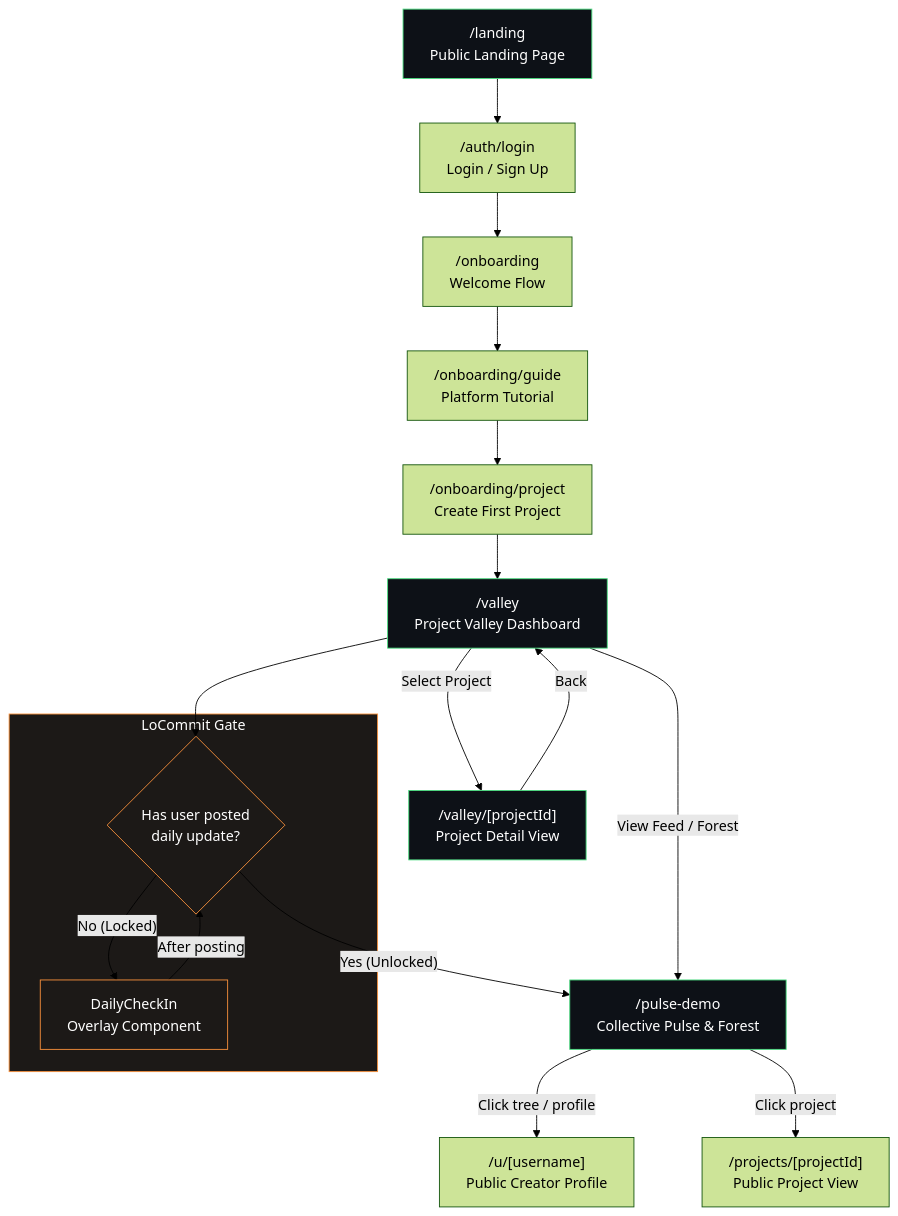
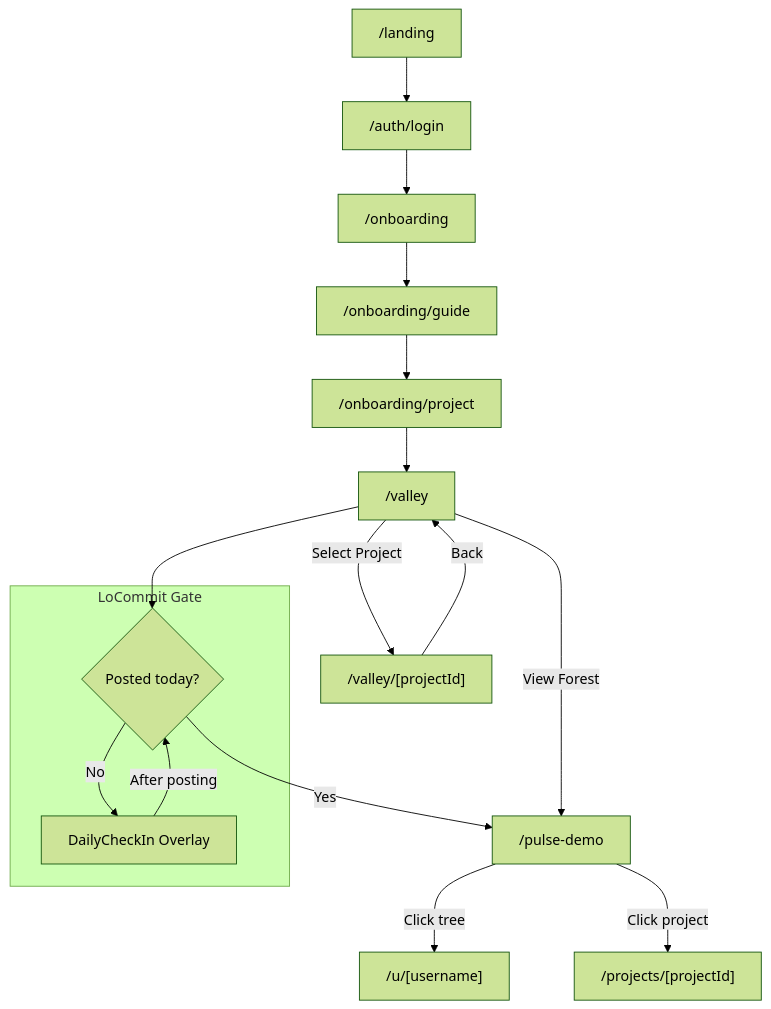
The second of 3 diagrams in capstone_writeup.md (avig1229/trybe), drawn with Mermaid (forest theme) before and after one commit. The commit also changed other lines of this file, not shown here.

Commit message:
new landing and log in

````diff
--- a/capstone_writeup.md
+++ b/capstone_writeup.md
@@ -129,34 +199,25 @@
 ```mermaid
 flowchart TD
-    LAND["/landing<br/>Public Landing Page"] --> LOGIN["/auth/login<br/>Login / Sign Up"]
-    LOGIN --> OB["/onboarding<br/>Welcome Flow"]
-    OB --> GUIDE["/onboarding/guide<br/>Platform Tutorial"]
-    GUIDE --> PROJ1["/onboarding/project<br/>Create First Project"]
+    LAND["/landing"] --> LOGIN["/auth/login"]
+    LOGIN --> OB["/onboarding"]
+    OB --> GUIDE["/onboarding/guide"]
+    GUIDE --> PROJ1["/onboarding/project"]
+    PROJ1 --> VALLEY["/valley"]
 
-    PROJ1 --> VALLEY["/valley<br/>Project Valley Dashboard"]
-
-    VALLEY --> |"Select Project"| DETAIL["/valley/[projectId]<br/>Project Detail View"]
+    VALLEY --> |"Select Project"| DETAIL["/valley/[projectId]"]
     DETAIL --> |"Back"| VALLEY
-    VALLEY --> |"View Feed / Forest"| PULSE["/pulse-demo<br/>Collective Pulse & Forest"]
+    VALLEY --> |"View Forest"| PULSE["/pulse-demo"]
 
     subgraph LOCK["LoCommit Gate"]
-        CHECK{"Has user posted<br/>daily update?"}
-        CHECKIN["DailyCheckIn<br/>Overlay Component"]
+        CHECK{"Posted today?"}
+        CHECKIN["DailyCheckIn Overlay"]
     end
 
     VALLEY --> CHECK
-    CHECK --> |"No (Locked)"| CHECKIN
+    CHECK --> |"No"| CHECKIN
     CHECKIN --> |"After posting"| CHECK
-    CHECK --> |"Yes (Unlocked)"| PULSE
+    CHECK --> |"Yes"| PULSE
 
-    PULSE --> |"Click tree / profile"| PROFILE["/u/[username]<br/>Public Creator Profile"]
-    PULSE --> |"Click project"| PUBLIC["/projects/[projectId]<br/>Public Project View"]
-
-    style LAND fill:#0d1117,stroke:#4ade80,color:#fff
-    style VALLEY fill:#0d1117,stroke:#4ade80,color:#fff
-    style DETAIL fill:#0d1117,stroke:#4ade80,color:#fff
-    style PULSE fill:#0d1117,stroke:#4ade80,color:#fff
-    style LOCK fill:#1c1917,stroke:#fb923c,color:#fff
-    style CHECK fill:#1c1917,stroke:#fb923c,color:#fff
-    style CHECKIN fill:#1c1917,stroke:#fb923c,color:#fff
+    PULSE --> |"Click tree"| PROFILE["/u/[username]"]
+    PULSE --> |"Click project"| PUBLIC["/projects/[projectId]"]
 ```
````
